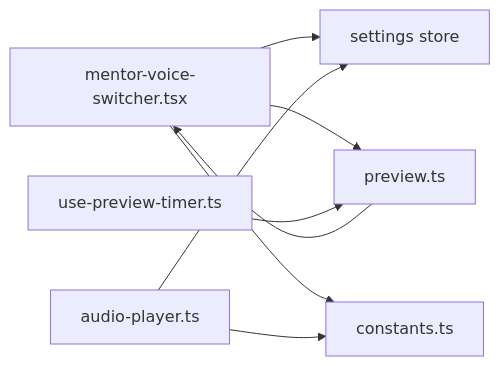
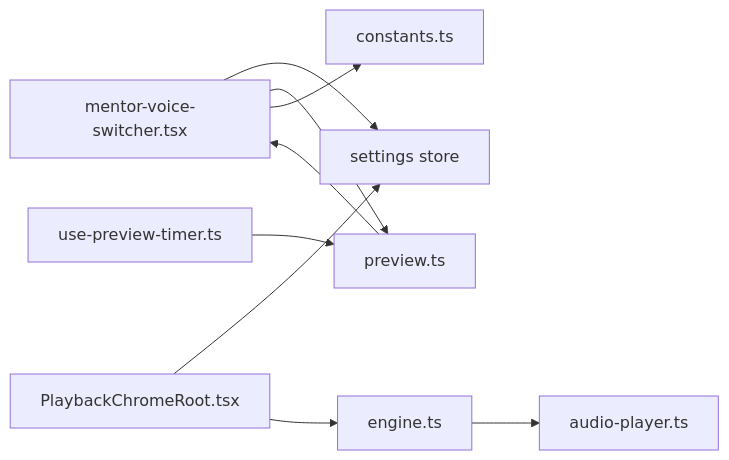
One commit to huangboheng/OpenMAIC changed the tenth of 10 diagrams in .qoder/repowiki/zh/content/UI 组件系统/课堂播放组件/导师语音切换器组件.md. Above: the diagram before and after it, drawn with Mermaid. The commit also changed other lines of this file and 12 other files, not shown here.

````diff
--- a/.qoder/repowiki/zh/content/UI 组件系统/课堂播放组件/导师语音切换器组件.md
+++ b/.qoder/repowiki/zh/content/UI 组件系统/课堂播放组件/导师语音切换器组件.md
@@ -382,10 +454,11 @@
 ```mermaid
 graph LR
 VS["mentor-voice-switcher.tsx"] --> SS["settings store"]
 VS --> PS["preview.ts"]
 VS --> CT["constants.ts"]
-AP["audio-player.ts"] --> SS
-AP --> CT
+PCR["PlaybackChromeRoot.tsx"] --> SS
+PCR --> PE["engine.ts"]
+PE --> AP["audio-player.ts"]
 PT["use-preview-timer.ts"] --> PS
 PS --> VS
 ```
````
